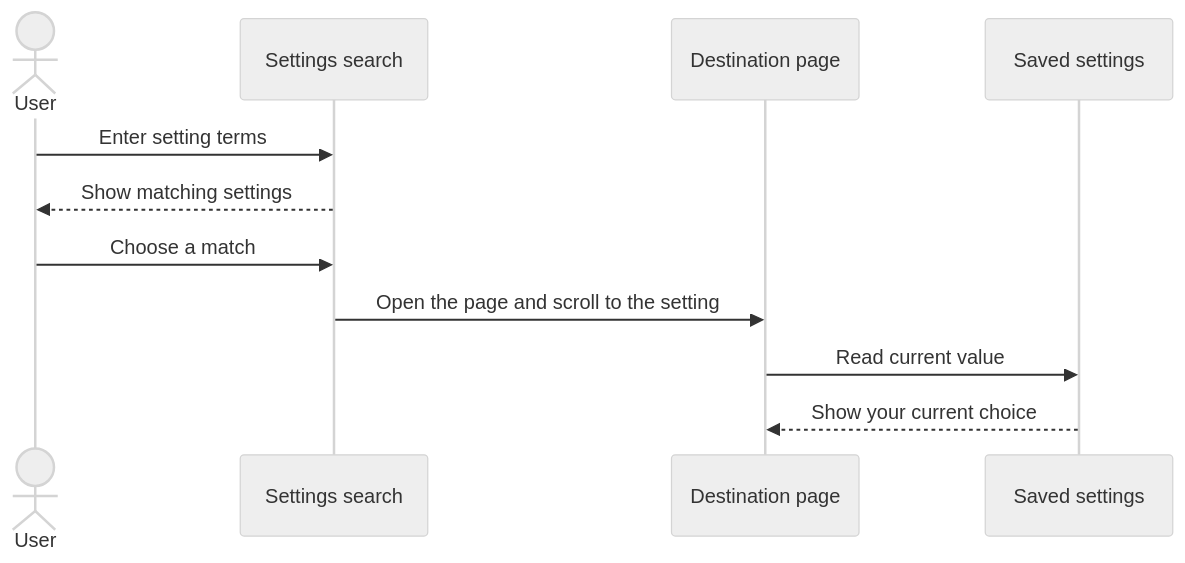
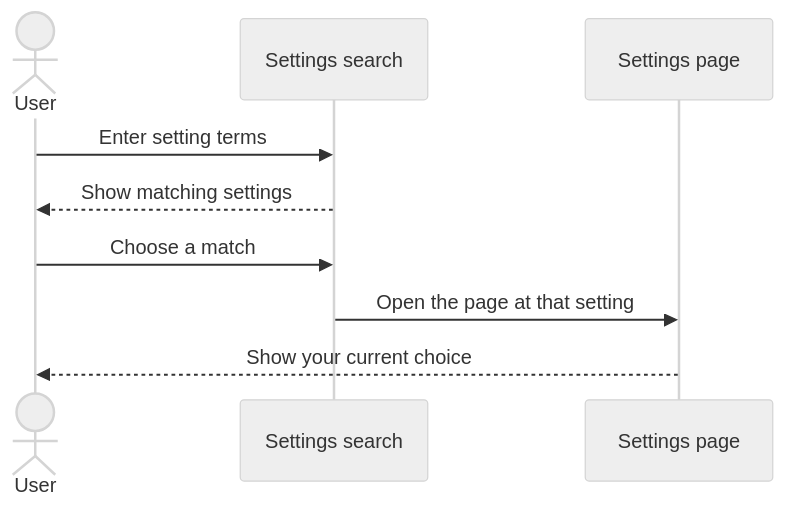
One commit to FancyCorey/komikku-fc changed the third of 4 diagrams in docs/kmk/feature-guides/recommendation-settings.md. Above: the diagram before and after it, drawn with Mermaid (neutral theme). The commit also changed other lines of this file and 93 other files, not shown here.

````diff
--- a/docs/kmk/feature-guides/recommendation-settings.md
+++ b/docs/kmk/feature-guides/recommendation-settings.md
@@ -203,14 +232,11 @@
 ```mermaid
 sequenceDiagram
     actor User
     participant Search as Settings search
-    participant Screen as Destination page
-    participant Store as Saved settings
-
+    participant Page as Settings page
     User->>Search: Enter setting terms
     Search-->>User: Show matching settings
     User->>Search: Choose a match
-    Search->>Screen: Open the page and scroll to the setting
-    Screen->>Store: Read current value
-    Store-->>Screen: Show your current choice
+    Search->>Page: Open the page at that setting
+    Page-->>User: Show your current choice
 ```
````
